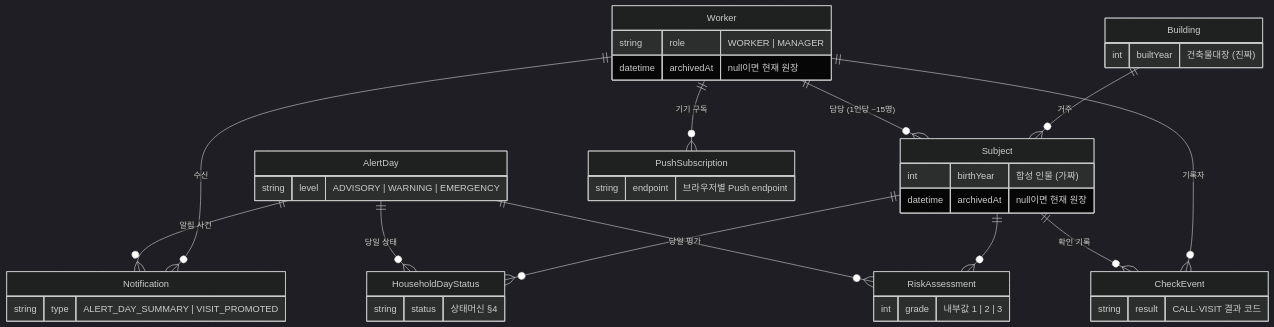
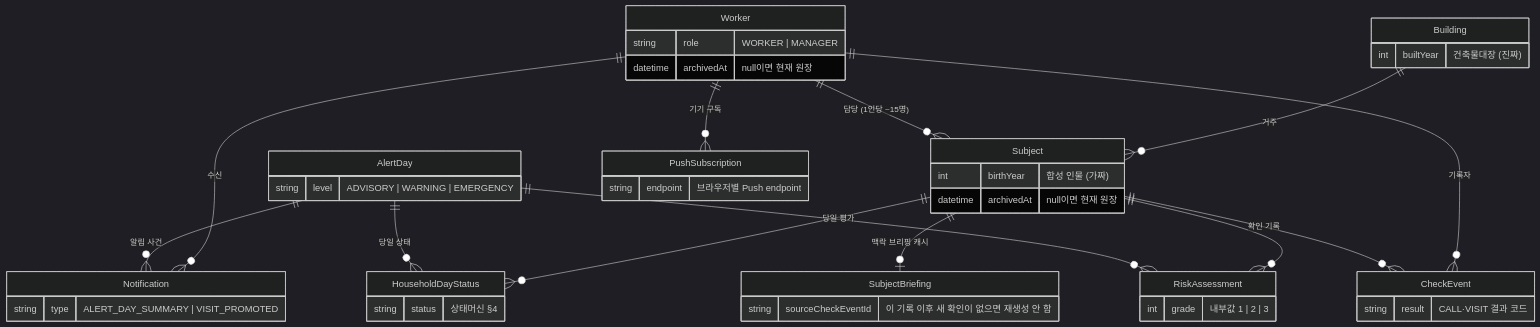
Before and after one commit to NO-TOKEN-NO-WORK/this-house-first: the second of 3 diagrams in docs/architecture.md, drawn with Mermaid (dark theme). The commit also changed other lines of this file and 5 other files, not shown here.

````diff
--- a/docs/architecture.md
+++ b/docs/architecture.md
@@ -86,30 +90,32 @@
 ```mermaid
 erDiagram
     Worker ||--o{ Subject : "담당 (1인당 ~15명)"
     Building ||--o{ Subject : "거주"
     AlertDay ||--o{ RiskAssessment : "당일 평가"
     Subject ||--o{ RiskAssessment : ""
     AlertDay ||--o{ HouseholdDayStatus : "당일 상태"
     Subject ||--o{ HouseholdDayStatus : ""
     Subject ||--o{ CheckEvent : "확인 기록"
     Worker ||--o{ CheckEvent : "기록자"
     AlertDay ||--o{ Notification : "알림 사건"
     Worker ||--o{ Notification : "수신"
     Worker ||--o{ PushSubscription : "기기 구독"
+    Subject ||--o| SubjectBriefing : "맥락 브리핑 캐시"
 
     Worker {
         string role "WORKER | MANAGER"
         datetime archivedAt "null이면 현재 원장"
     }
     Building { int builtYear "건축물대장 (진짜)" }
     Subject {
         int birthYear "합성 인물 (가짜)"
         datetime archivedAt "null이면 현재 원장"
     }
     AlertDay { string level "ADVISORY | WARNING | EMERGENCY" }
     RiskAssessment { int grade "내부값 1 | 2 | 3" }
     HouseholdDayStatus { string status "상태머신 §4" }
     CheckEvent { string result "CALL·VISIT 결과 코드" }
     Notification { string type "ALERT_DAY_SUMMARY | VISIT_PROMOTED" }
     PushSubscription { string endpoint "브라우저별 Push endpoint" }
+    SubjectBriefing { string sourceCheckEventId "이 기록 이후 새 확인이 없으면 재생성 안 함" }
 ```
````
